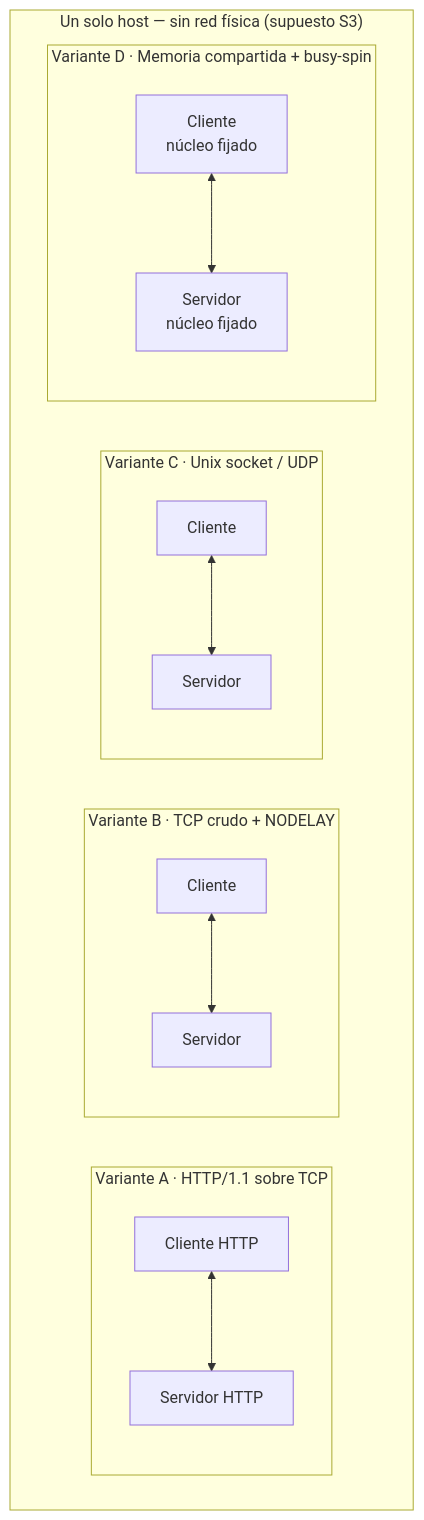
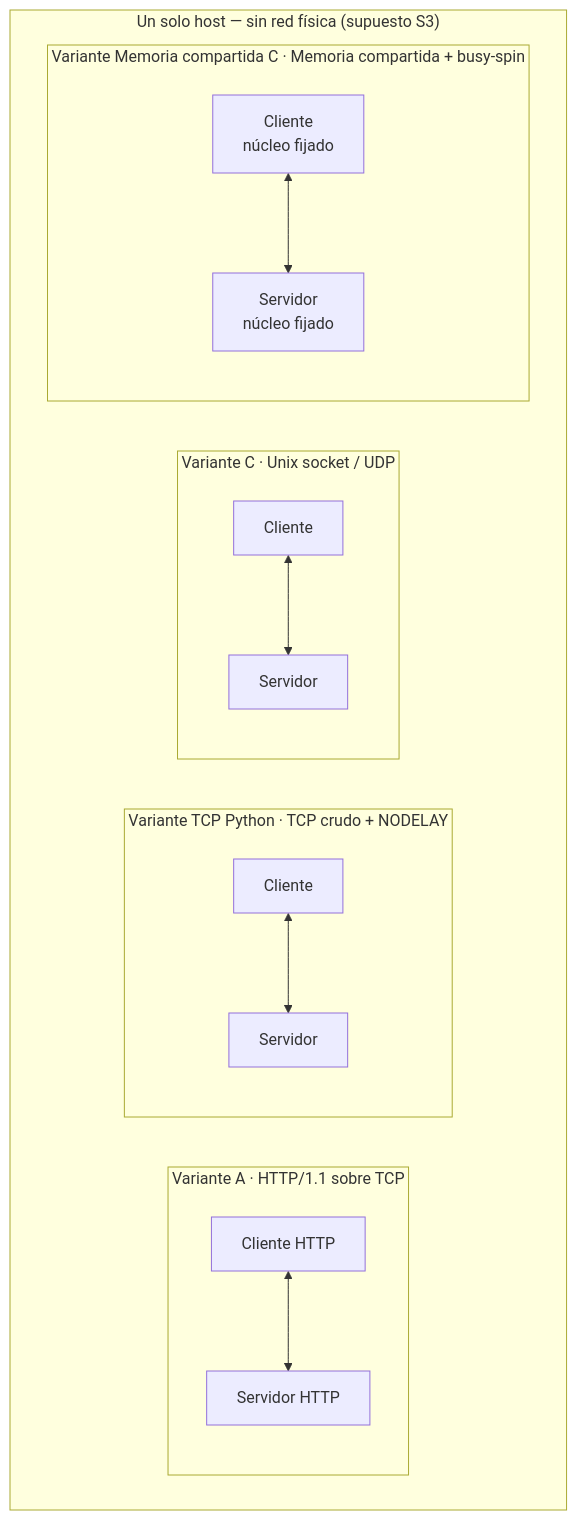
The second of 2 diagrams in Modulo 1/Ejercicios/Reto-Latencia-Minima/reto-latencia-group2/docs/DISENO-ARQUITECTURA.md (tryp031/diplomado-arquitectura), drawn with Mermaid before and after one commit. The commit also changed other lines of this file and 22 other files, not shown here.

````diff
--- a/Modulo 1/Ejercicios/Reto-Latencia-Minima/reto-latencia-group2/docs/DISENO-ARQUITECTURA.md
+++ b/Modulo 1/Ejercicios/Reto-Latencia-Minima/reto-latencia-group2/docs/DISENO-ARQUITECTURA.md
@@ -222,17 +222,17 @@
 ```mermaid
 graph TB
     subgraph HOST["Un solo host — sin red física (supuesto S3)"]
         subgraph A["Variante A · HTTP/1.1 sobre TCP"]
             A1["Cliente HTTP"] <--> A2["Servidor HTTP"]
         end
-        subgraph B["Variante B · TCP crudo + NODELAY"]
+        subgraph B["Variante TCP Python · TCP crudo + NODELAY"]
             B1["Cliente"] <--> B2["Servidor"]
         end
         subgraph Cv["Variante C · Unix socket / UDP"]
             C1["Cliente"] <--> C2["Servidor"]
         end
-        subgraph D["Variante D · Memoria compartida + busy-spin"]
+        subgraph D["Variante Memoria compartida C · Memoria compartida + busy-spin"]
             D1["Cliente<br/>núcleo fijado"] <--> D2["Servidor<br/>núcleo fijado"]
         end
     end
 ```
````
